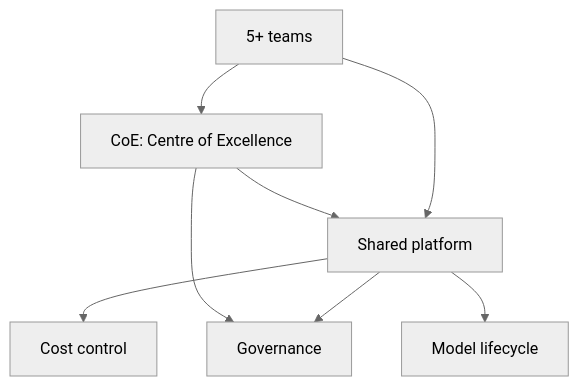
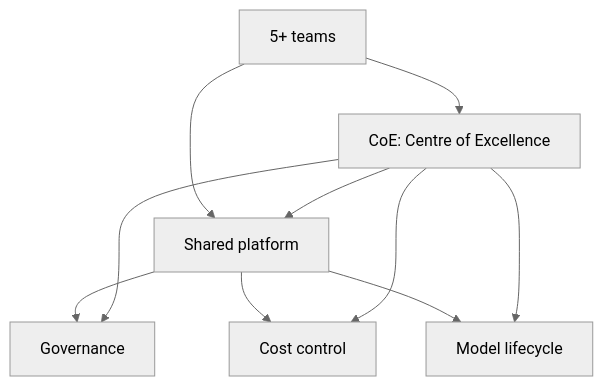
Before and after one commit to aiwithr/ai_llm: the diagram in docs/adoption/scale.md, drawn with Mermaid (neutral theme). The commit also changed other lines of this file and 7 other files, not shown here.

````diff
--- a/docs/adoption/scale.md
+++ b/docs/adoption/scale.md
@@ -9,10 +11,12 @@
 ```mermaid
 flowchart TB
     A[5+ teams] --> B[Shared platform]
     B --> C[Governance]
     B --> D[Cost control]
     B --> E[Model lifecycle]
     A --> F[CoE: Centre of Excellence]
     F --> B
     F --> C
+    F --> D
+    F --> E
 ```
````
